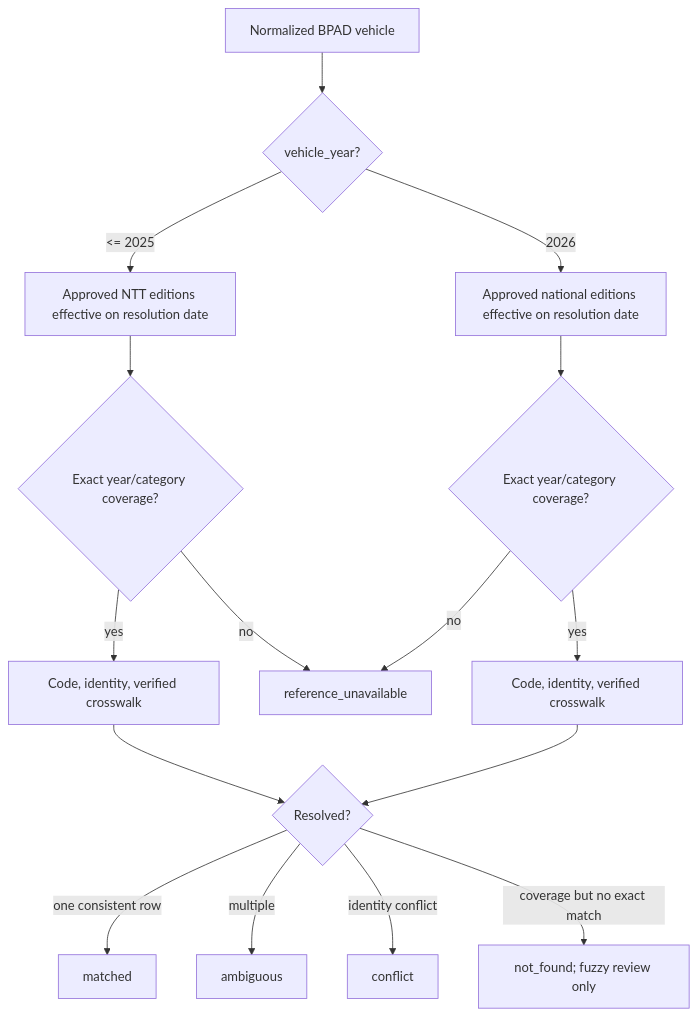
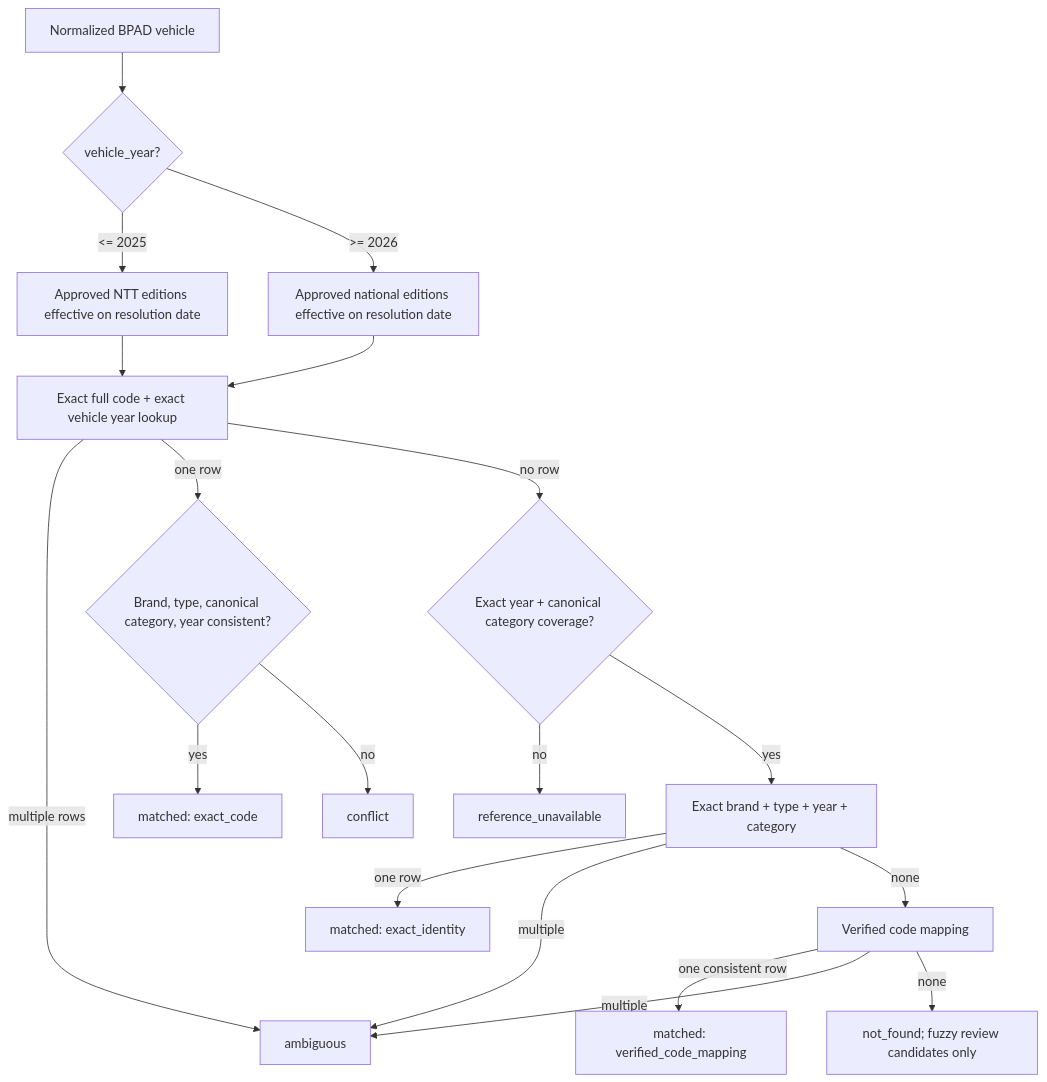
Before and after one commit to ElwinMusadi/njkb-api-ntt: the diagram in docs/matching.md, drawn with Mermaid. The commit also changed other lines of this file and 7 other files, not shown here.

````diff
--- a/docs/matching.md
+++ b/docs/matching.md
@@ -15,18 +35,21 @@
 ```mermaid
 flowchart TD
   A[Normalized BPAD vehicle] --> B{vehicle_year?}
   B -->|<= 2025| C[Approved NTT editions effective on resolution date]
-  B -->|2026| D[Approved national editions effective on resolution date]
-  C --> E{Exact year/category coverage?}
-  D --> F{Exact year/category coverage?}
-  E -->|yes| G[Code, identity, verified crosswalk]
-  E -->|no| H[reference_unavailable]
-  F -->|yes| I[Code, identity, verified crosswalk]
-  F -->|no| H
-  G --> J{Resolved?}
-  I --> J
-  J -->|one consistent row| K[matched]
-  J -->|multiple| L[ambiguous]
-  J -->|identity conflict| M[conflict]
-  J -->|coverage but no exact match| N[not_found; fuzzy review only]
+  B -->|>= 2026| D[Approved national editions effective on resolution date]
+  C --> E[Exact full code + exact vehicle year lookup]
+  D --> E
+  E -->|multiple rows| F[ambiguous]
+  E -->|one row| G{Brand, type, canonical category, year consistent?}
+  G -->|yes| H[matched: exact_code]
+  G -->|no| I[conflict]
+  E -->|no row| J{Exact year + canonical category coverage?}
+  J -->|no| K[reference_unavailable]
+  J -->|yes| L[Exact brand + type + year + category]
+  L -->|one row| M[matched: exact_identity]
+  L -->|multiple| F
+  L -->|none| N[Verified code mapping]
+  N -->|one consistent row| O[matched: verified_code_mapping]
+  N -->|multiple| F
+  N -->|none| P[not_found; fuzzy review candidates only]
 ```
````
